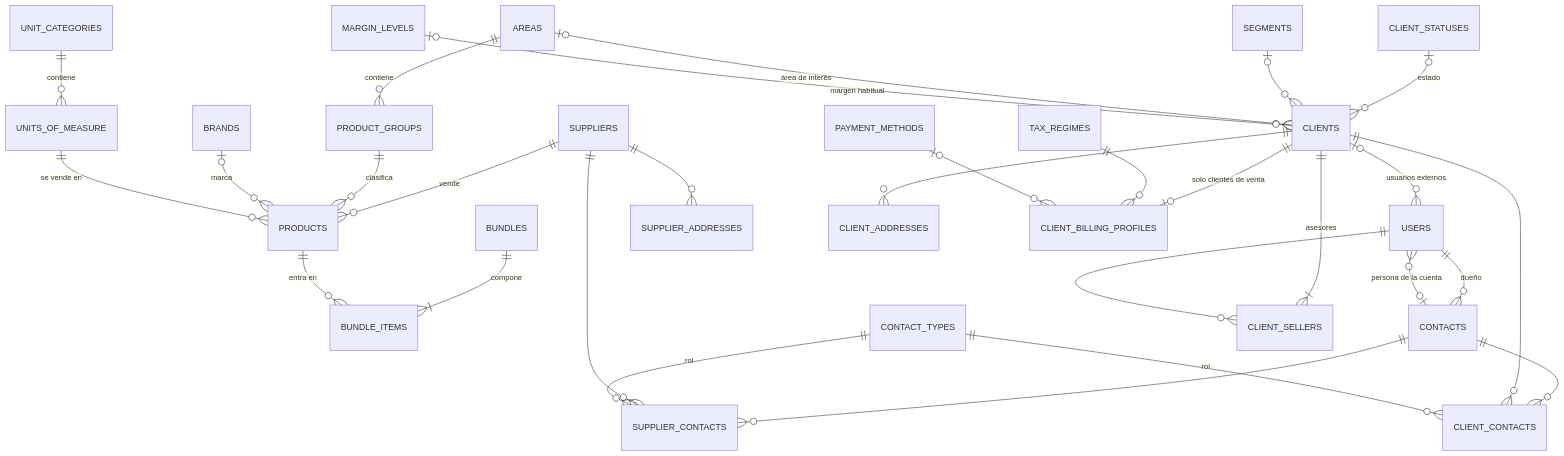
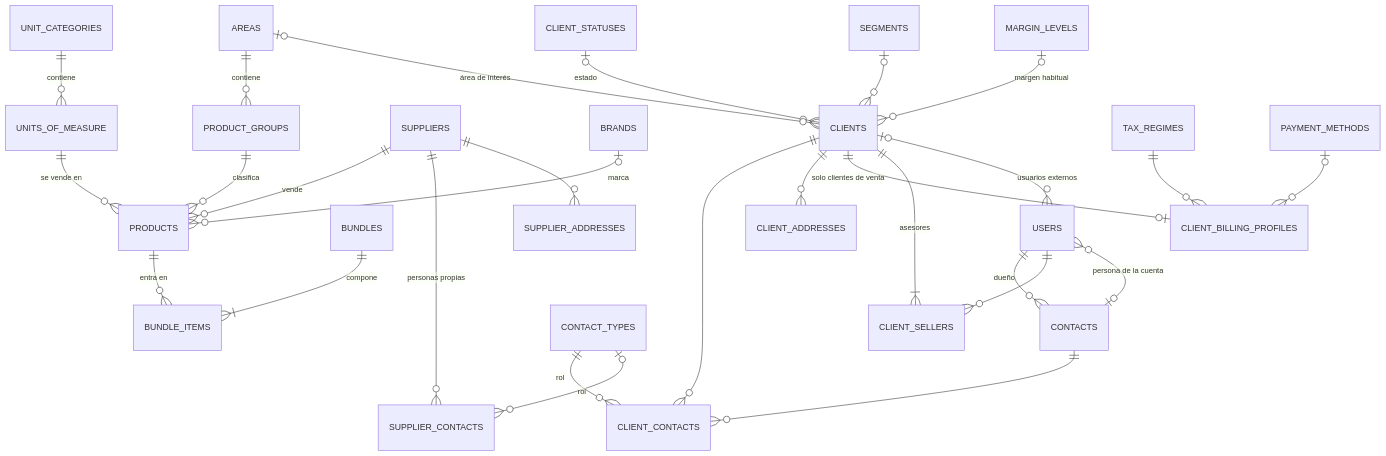
The diagram in docs/arquitectura/erd/03-catalogo-y-clientes.md (rudypalacios/soltec), drawn with Mermaid before and after one commit. The commit also changed other lines of this file and 45 other files, not shown here.

First line of the commit message:
Agrega la sección de Proveedores con sus direcciones y personas propias (2.3b) (#57)

````diff
--- a/docs/arquitectura/erd/03-catalogo-y-clientes.md
+++ b/docs/arquitectura/erd/03-catalogo-y-clientes.md
@@ -9,31 +9,30 @@
 ```mermaid
 erDiagram
     AREAS ||--o{ PRODUCT_GROUPS : "contiene"
     UNIT_CATEGORIES ||--o{ UNITS_OF_MEASURE : "contiene"
     SUPPLIERS ||--o{ PRODUCTS : "vende"
     PRODUCT_GROUPS ||--o{ PRODUCTS : "clasifica"
     BRANDS |o--o{ PRODUCTS : "marca"
     UNITS_OF_MEASURE ||--o{ PRODUCTS : "se vende en"
     BUNDLES ||--|{ BUNDLE_ITEMS : "compone"
     PRODUCTS ||--o{ BUNDLE_ITEMS : "entra en"
     USERS ||--o{ CONTACTS : "dueño"
     CONTACTS ||--o{ CLIENT_CONTACTS : ""
     CLIENTS ||--o{ CLIENT_CONTACTS : ""
     CONTACT_TYPES ||--o{ CLIENT_CONTACTS : "rol"
-    CONTACTS ||--o{ SUPPLIER_CONTACTS : ""
-    SUPPLIERS ||--o{ SUPPLIER_CONTACTS : ""
-    CONTACT_TYPES ||--o{ SUPPLIER_CONTACTS : "rol"
+    SUPPLIERS ||--o{ SUPPLIER_CONTACTS : "personas propias"
+    CONTACT_TYPES |o--o{ SUPPLIER_CONTACTS : "rol"
     SUPPLIERS ||--o{ SUPPLIER_ADDRESSES : ""
     CLIENTS ||--o{ CLIENT_ADDRESSES : ""
     CLIENTS ||--o| CLIENT_BILLING_PROFILES : "solo clientes de venta"
     TAX_REGIMES ||--o{ CLIENT_BILLING_PROFILES : ""
     PAYMENT_METHODS |o--o{ CLIENT_BILLING_PROFILES : ""
     CLIENTS ||--|{ CLIENT_SELLERS : "asesores"
     USERS ||--o{ CLIENT_SELLERS : ""
     CLIENT_STATUSES |o--o{ CLIENTS : "estado"
     SEGMENTS |o--o{ CLIENTS : ""
     AREAS |o--o{ CLIENTS : "área de interés"
     MARGIN_LEVELS |o--o{ CLIENTS : "margen habitual"
     CLIENTS |o--o{ USERS : "usuarios externos"
     CONTACTS |o--o{ USERS : "persona de la cuenta"
 ```
````
